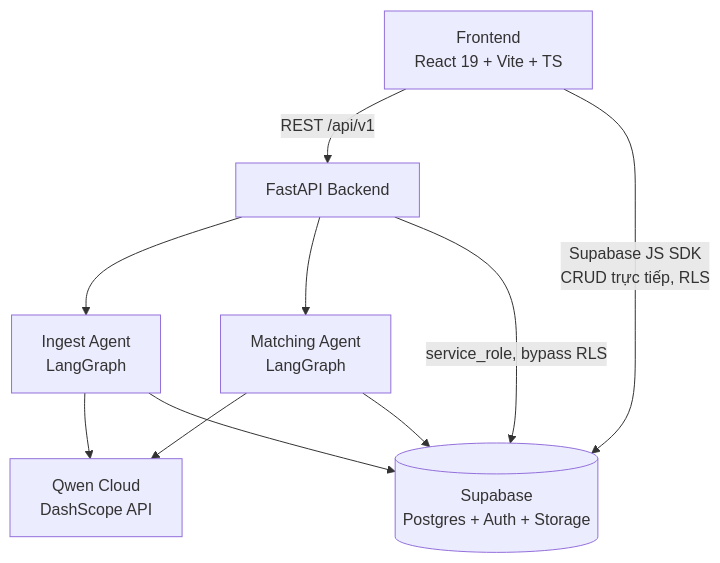
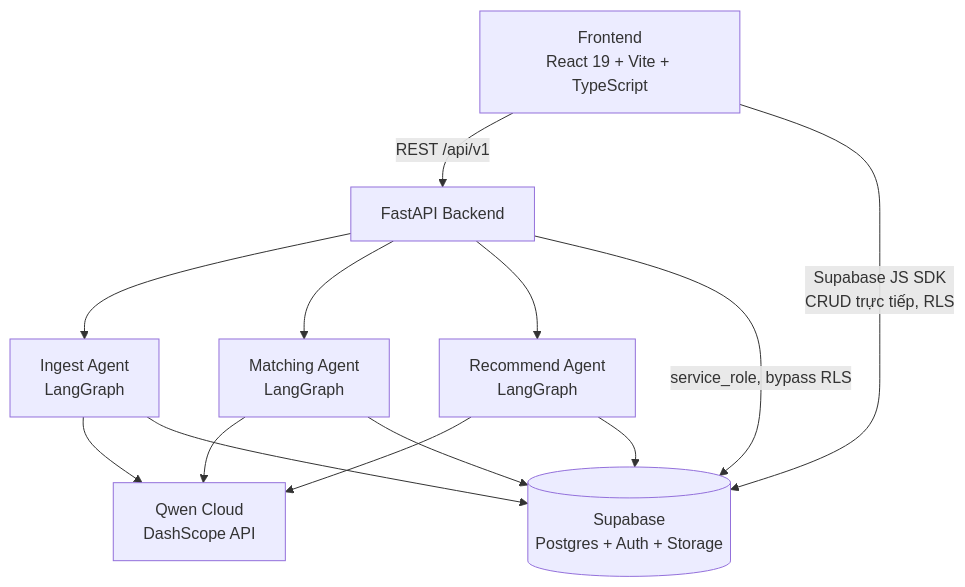
The first of 4 diagrams in docs/architecture-agent-backend.md (linhnguyenviet030704-oss/T099), drawn with Mermaid before and after one commit. The commit also changed other lines of this file and 98 other files, not shown here.

````diff
--- a/docs/architecture-agent-backend.md
+++ b/docs/architecture-agent-backend.md
@@ -22,13 +14,18 @@
 ```mermaid
 graph TB
-    UI[Frontend<br/>React 19 + Vite + TS] -->|REST /api/v1| API[FastAPI Backend]
-    UI -->|Supabase JS SDK<br/>CRUD trực tiếp, RLS| SB[(Supabase<br/>Postgres + Auth + Storage)]
+    UI["Frontend<br/>React 19 + Vite + TypeScript"] -->|REST /api/v1| API["FastAPI Backend"]
+    UI -->|Supabase JS SDK<br/>CRUD trực tiếp, RLS| SB[("Supabase<br/>Postgres + Auth + Storage")]
 
-    API --> Ingest[Ingest Agent<br/>LangGraph]
-    API --> Matching[Matching Agent<br/>LangGraph]
-    Ingest --> LLM[Qwen Cloud<br/>DashScope API]
+    API --> Ingest["Ingest Agent<br/>LangGraph"]
+    API --> Matching["Matching Agent<br/>LangGraph"]
+    API --> Recommend["Recommend Agent<br/>LangGraph"]
+
+    Ingest --> LLM["Qwen Cloud<br/>DashScope API"]
     Matching --> LLM
+    Recommend --> LLM
+
     Ingest --> SB
     Matching --> SB
+    Recommend --> SB
     API -->|service_role, bypass RLS| SB
 ```
````
